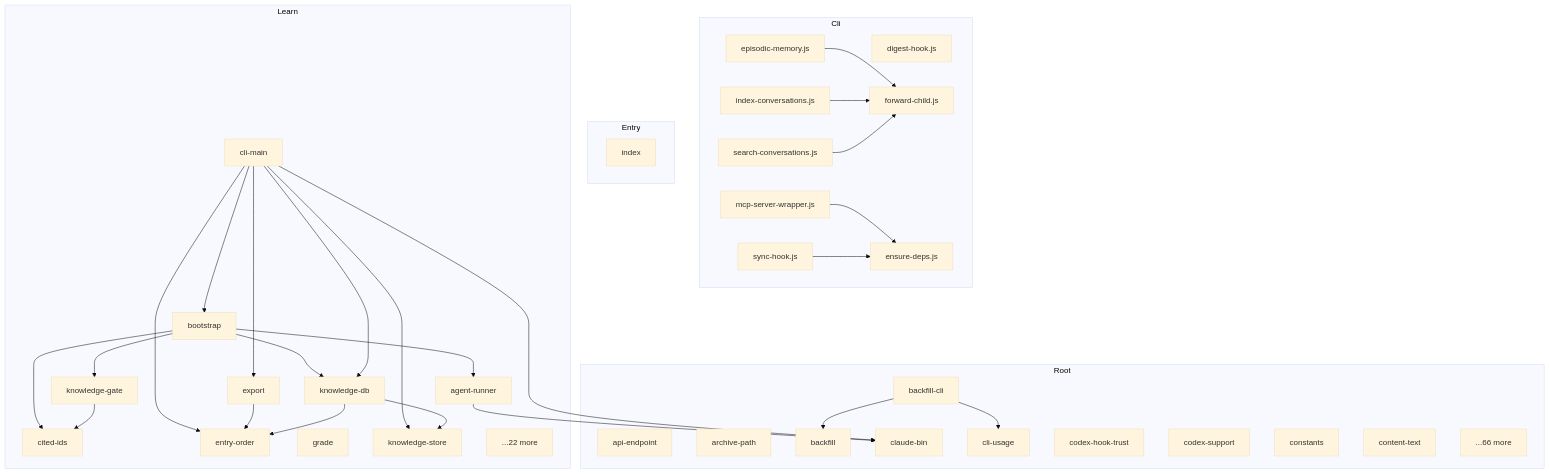
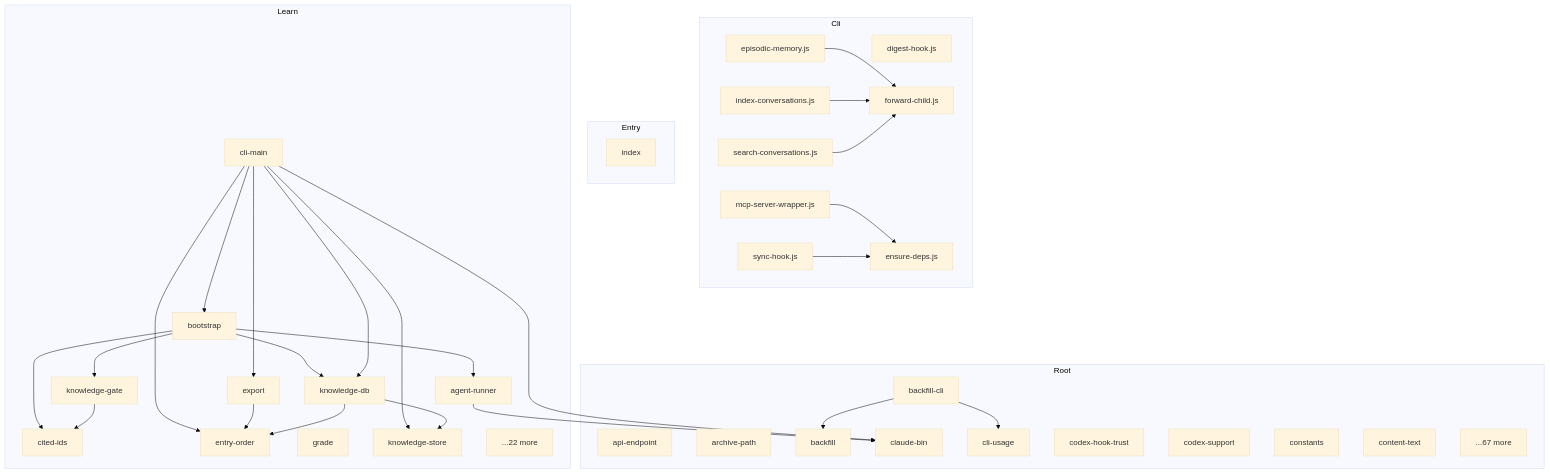
The diagram in docs/architecture/DEPENDENCY_GRAPH.md (danielsimonjr/episodic-memory), drawn with Mermaid (base theme) before and after one commit. The commit also changed other lines of this file and 32 other files, not shown here.

````diff
--- a/docs/architecture/DEPENDENCY_GRAPH.md
+++ b/docs/architecture/DEPENDENCY_GRAPH.md
@@ -2259,68 +2268,68 @@
 ```mermaid
 graph TD
     subgraph Cli
         N0[digest-hook.js]
         N1[ensure-deps.js]
         N2[episodic-memory.js]
         N3[forward-child.js]
         N4[index-conversations.js]
         N5[mcp-server-wrapper.js]
         N6[search-conversations.js]
         N7[sync-hook.js]
     end
 
     subgraph Root
         N8[api-endpoint]
         N9[archive-path]
         N10[backfill-cli]
         N11[backfill]
         N12[claude-bin]
         N13[cli-usage]
         N14[codex-hook-trust]
         N15[codex-support]
         N16[constants]
         N17[content-text]
-        N18[...66 more]
+        N18[...67 more]
     end
 
     subgraph Entry
         N19[index]
     end
 
     subgraph Learn
         N20[agent-runner]
         N21[bootstrap]
         N22[cited-ids]
         N23[cli-main]
         N24[entry-order]
         N25[export]
         N26[grade]
         N27[knowledge-db]
         N28[knowledge-gate]
         N29[knowledge-store]
         N30[...22 more]
     end
 
     N2 --> N3
     N4 --> N3
     N5 --> N1
     N6 --> N3
     N7 --> N1
     N10 --> N13
     N10 --> N11
     N20 --> N12
     N21 --> N27
     N21 --> N28
     N21 --> N22
     N21 --> N20
     N23 --> N12
     N23 --> N27
     N23 --> N25
     N23 --> N24
     N23 --> N29
     N23 --> N21
     N25 --> N24
     N27 --> N29
     N27 --> N24
     N28 --> N22
 ```
````
